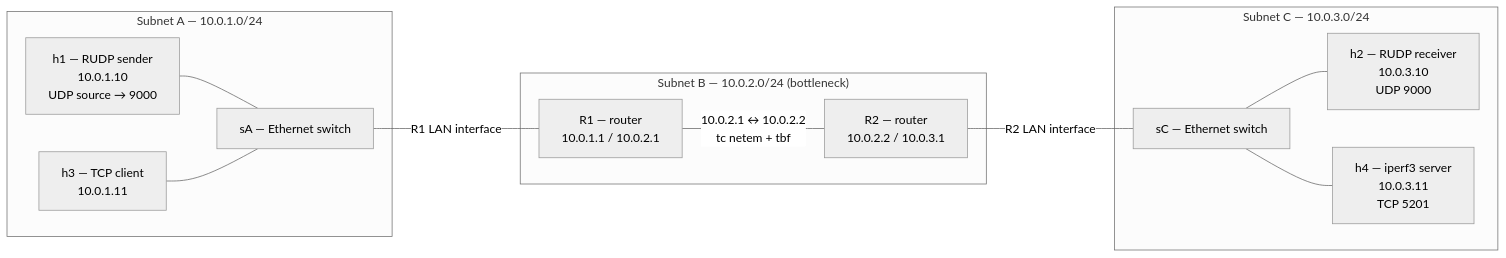
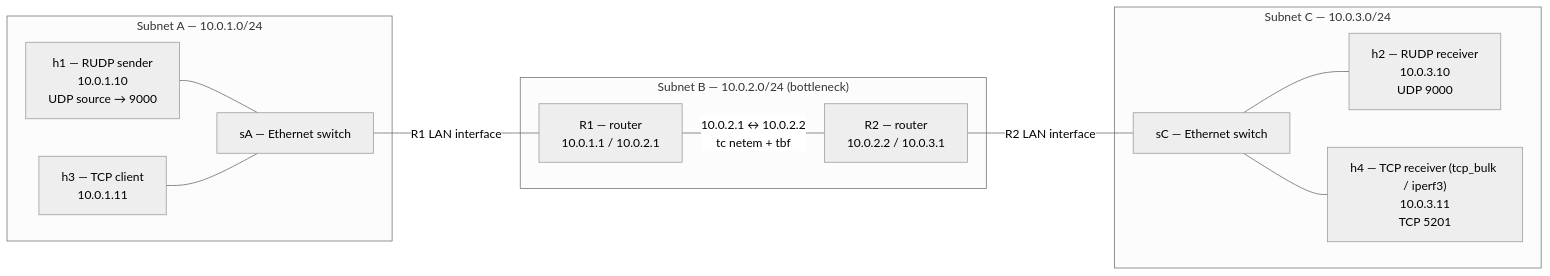
Before and after one commit to GhufranMianoor/RUDP: the diagram in docs/ARCHITECTURE.md, drawn with Mermaid (neutral theme). The commit also changed other lines of this file and 17 other files, not shown here.

First line of the commit message:
Add unit tests for tcp_bulk.py to verify byte counting and interval summation

````diff
--- a/docs/ARCHITECTURE.md
+++ b/docs/ARCHITECTURE.md
@@ -13,23 +13,23 @@
 ```mermaid
 flowchart LR
   subgraph A["Subnet A — 10.0.1.0/24"]
     h1["h1 — RUDP sender\n10.0.1.10\nUDP source → 9000"]
     h3["h3 — TCP client\n10.0.1.11"]
     sA["sA — Ethernet switch"]
     h1 --- sA
     h3 --- sA
   end
   R1["R1 — router\n10.0.1.1 / 10.0.2.1"]
   subgraph B["Subnet B — 10.0.2.0/24 (bottleneck)"]
     R1 ---|"10.0.2.1 ↔ 10.0.2.2\ntc netem + tbf"| R2["R2 — router\n10.0.2.2 / 10.0.3.1"]
   end
   subgraph C["Subnet C — 10.0.3.0/24"]
     sC["sC — Ethernet switch"]
     h2["h2 — RUDP receiver\n10.0.3.10\nUDP 9000"]
-    h4["h4 — iperf3 server\n10.0.3.11\nTCP 5201"]
+    h4["h4 — TCP receiver (tcp_bulk / iperf3)\n10.0.3.11\nTCP 5201"]
     sC --- h2
     sC --- h4
   end
   sA ---|"R1 LAN interface"| R1
   R2 ---|"R2 LAN interface"| sC
 ```
````
